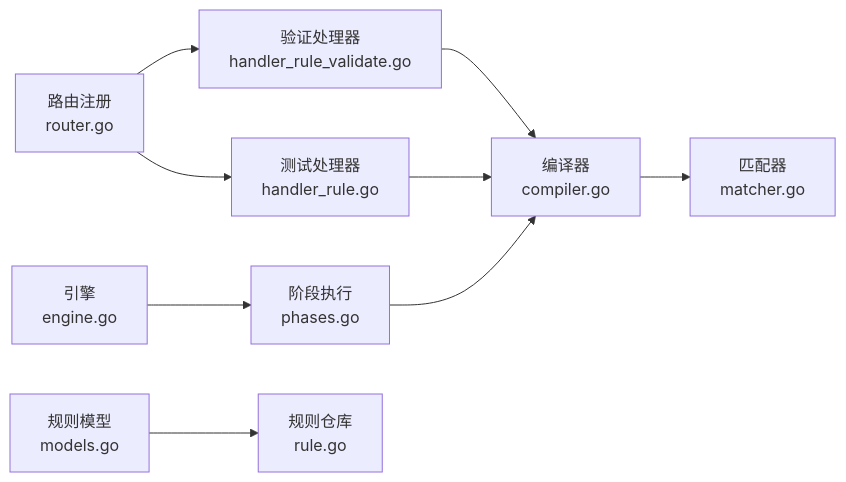
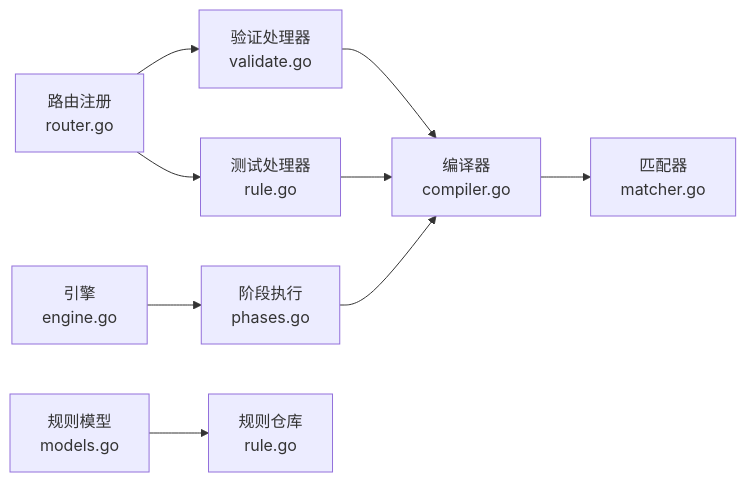
Before and after one commit to x01n/My-OpenWaf: the seventh of 7 diagrams in docs/管理 API 系统/规则管理 API/规则验证与测试.md, drawn with Mermaid. The commit also changed other lines of this file and 199 other files, not shown here.

````diff
--- a/docs/管理 API 系统/规则管理 API/规则验证与测试.md
+++ b/docs/管理 API 系统/规则管理 API/规则验证与测试.md
@@ -369,11 +357,11 @@
 ```mermaid
 graph LR
-ROUTER["路由注册<br/>router.go"] --> VALIDATE["验证处理器<br/>handler_rule_validate.go"]
-ROUTER --> TEST["测试处理器<br/>handler_rule.go"]
+ROUTER["路由注册<br/>router.go"] --> VALIDATE["验证处理器<br/>validate.go"]
+ROUTER --> TEST["测试处理器<br/>rule.go"]
 VALIDATE --> COMPILER["编译器<br/>compiler.go"]
 TEST --> COMPILER
 COMPILER --> MATCHER["匹配器<br/>matcher.go"]
 ENGINE["引擎<br/>engine.go"] --> PHASES["阶段执行<br/>phases.go"]
 PHASES --> COMPILER
 MODELS["规则模型<br/>models.go"] --> REPO["规则仓库<br/>rule.go"]
 ```
````
